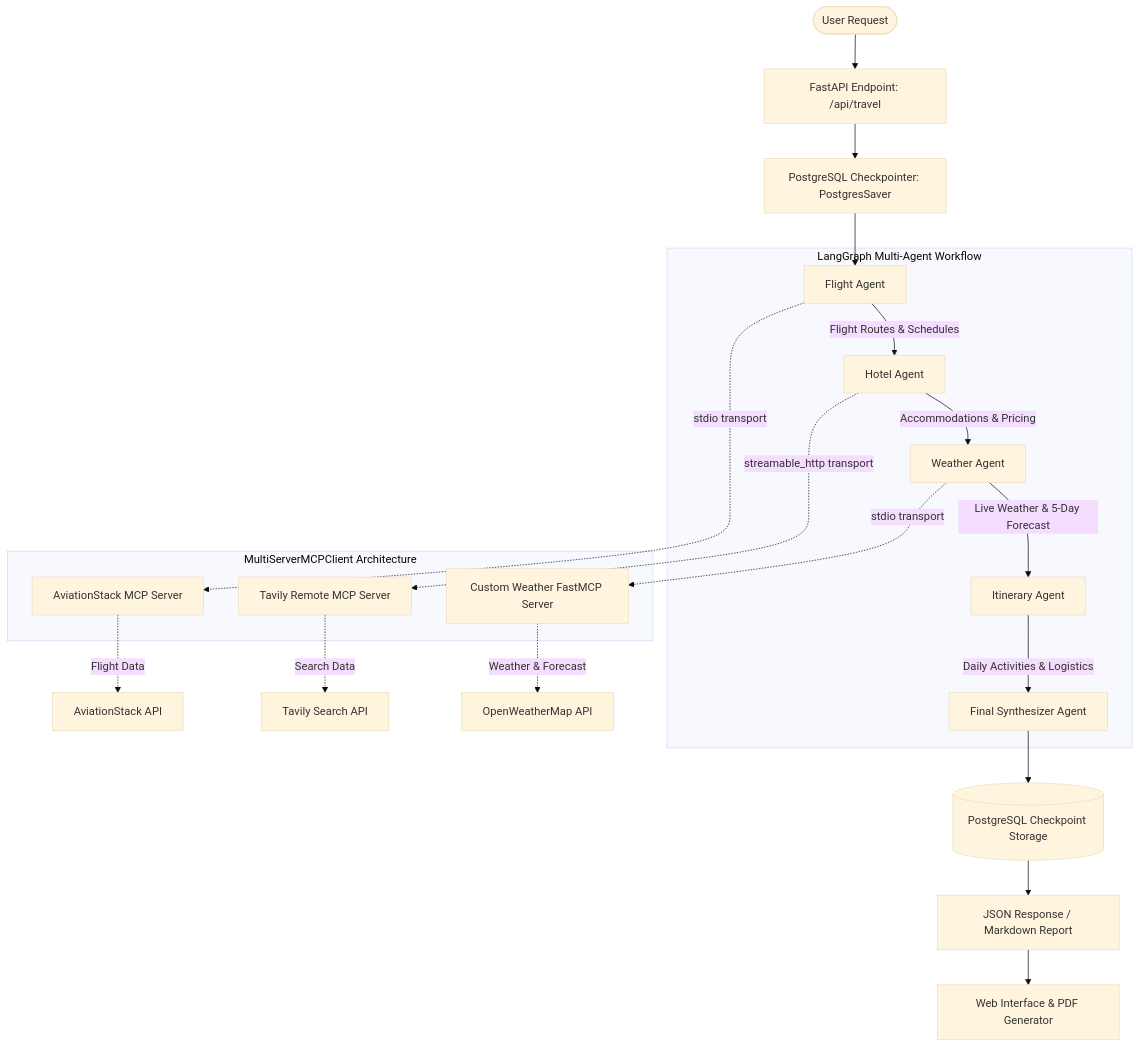
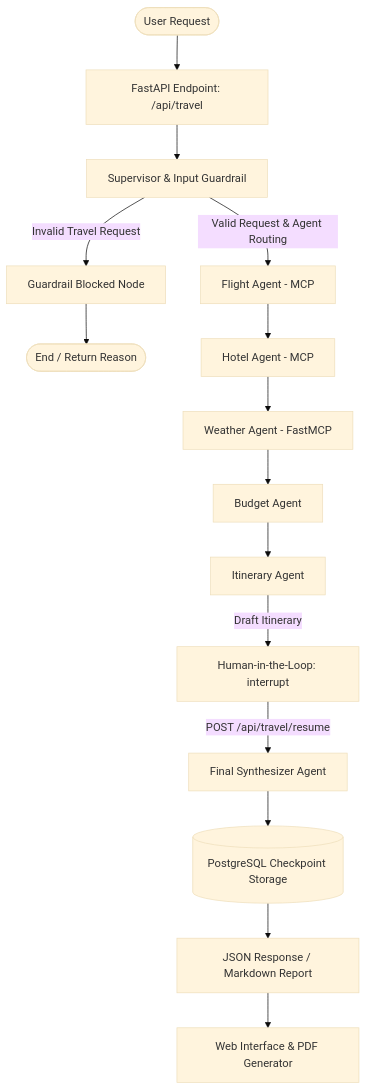
The diagram in README.md (PrathmeshRanjan/tripmate-ai), drawn with Mermaid (base theme) before and after one commit. The commit also changed other lines of this file and 5 other files, not shown here.

Commit message:
Support Supervisor Agent, Budget Agent, and Human-in-the-Loop approval

````diff
--- a/README.md
+++ b/README.md
@@ -17,27 +17,20 @@
 ```mermaid
 flowchart TD
     User([User Request]) --> API[FastAPI Endpoint: /api/travel]
-    API --> Checkpointer[PostgreSQL Checkpointer: PostgresSaver]
-    Checkpointer --> FlightAgent[Flight Agent]
+    API --> Supervisor[Supervisor & Input Guardrail]
     
-    subgraph AgentPipeline [LangGraph Multi-Agent Workflow]
-        FlightAgent -->|Flight Routes & Schedules| HotelAgent[Hotel Agent]
-        HotelAgent -->|Accommodations & Pricing| WeatherAgent[Weather Agent]
-        WeatherAgent -->|Live Weather & 5-Day Forecast| ItineraryAgent[Itinerary Agent]
-        ItineraryAgent -->|Daily Activities & Logistics| FinalAgent[Final Synthesizer Agent]
-    end
+    Supervisor -->|Invalid Travel Request| GuardrailBlocked[Guardrail Blocked Node]
+    GuardrailBlocked --> END([End / Return Reason])
     
-    subgraph MCPClient [MultiServerMCPClient Architecture]
-        FlightAgent -.->|stdio transport| MCP_Aviation[AviationStack MCP Server]
-        HotelAgent -.->|streamable_http transport| MCP_Tavily[Tavily Remote MCP Server]
-        WeatherAgent -.->|stdio transport| MCP_Weather[Custom Weather FastMCP Server]
-    end
+    Supervisor -->|Valid Request & Agent Routing| FlightAgent[Flight Agent - MCP]
+    FlightAgent --> HotelAgent[Hotel Agent - MCP]
+    HotelAgent --> WeatherAgent[Weather Agent - FastMCP]
+    WeatherAgent --> BudgetAgent[Budget Agent]
+    BudgetAgent --> ItineraryAgent[Itinerary Agent]
     
-    MCP_Aviation -.->|Flight Data| AviationAPI[AviationStack API]
-    MCP_Tavily -.->|Search Data| TavilyAPI[Tavily Search API]
-    MCP_Weather -.->|Weather & Forecast| OpenWeatherAPI[OpenWeatherMap API]
-    
+    ItineraryAgent -->|Draft Itinerary| HumanApproval[Human-in-the-Loop: interrupt]
+    HumanApproval -->|POST /api/travel/resume| FinalAgent[Final Synthesizer Agent]
     FinalAgent --> StateSave[(PostgreSQL Checkpoint Storage)]
     StateSave --> Response[JSON Response / Markdown Report]
     Response --> UI[Web Interface & PDF Generator]
 ```
````
